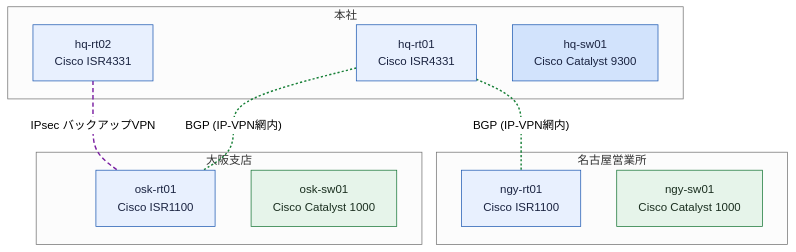
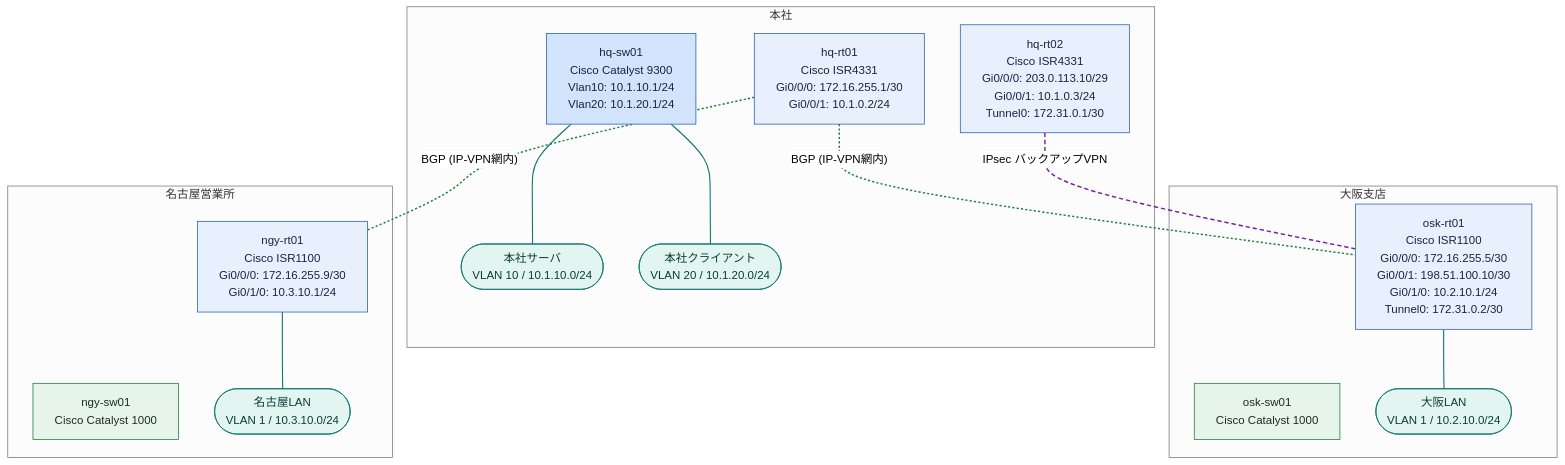
Before and after one commit to thinas1115/nwdsl: the diagram in examples/sample-corp/generated/logical-all.mmd, drawn with Mermaid (neutral theme). The commit also changed 26 other files, not shown here.

```diff
--- a/examples/sample-corp/generated/logical-all.mmd
+++ b/examples/sample-corp/generated/logical-all.mmd
@@ -1,33 +1,44 @@
 flowchart TB
   subgraph sg_hq["本社"]
-    hq_rt02["hq-rt02<br>Cisco ISR4331"]
-    hq_rt01["hq-rt01<br>Cisco ISR4331"]
-    hq_sw01["hq-sw01<br>Cisco Catalyst 9300"]
+    hq_rt02["hq-rt02<br>Cisco ISR4331<br>Gi0/0/0: 203.0.113.10/29<br>Gi0/0/1: 10.1.0.3/24<br>Tunnel0: 172.31.0.1/30"]
+    hq_rt01["hq-rt01<br>Cisco ISR4331<br>Gi0/0/0: 172.16.255.1/30<br>Gi0/0/1: 10.1.0.2/24"]
+    hq_sw01["hq-sw01<br>Cisco Catalyst 9300<br>Vlan10: 10.1.10.1/24<br>Vlan20: 10.1.20.1/24"]
+    seg__hq_server(["本社サーバ<br>VLAN 10 / 10.1.10.0/24"])
+    seg__hq_client(["本社クライアント<br>VLAN 20 / 10.1.20.0/24"])
   end
   subgraph sg_osk["大阪支店"]
-    osk_rt01["osk-rt01<br>Cisco ISR1100"]
+    osk_rt01["osk-rt01<br>Cisco ISR1100<br>Gi0/0/0: 172.16.255.5/30<br>Gi0/0/1: 198.51.100.10/30<br>Gi0/1/0: 10.2.10.1/24<br>Tunnel0: 172.31.0.2/30"]
     osk_sw01["osk-sw01<br>Cisco Catalyst 1000"]
+    seg__osk_lan(["大阪LAN<br>VLAN 1 / 10.2.10.0/24"])
   end
   subgraph sg_ngy["名古屋営業所"]
-    ngy_rt01["ngy-rt01<br>Cisco ISR1100"]
+    ngy_rt01["ngy-rt01<br>Cisco ISR1100<br>Gi0/0/0: 172.16.255.9/30<br>Gi0/1/0: 10.3.10.1/24"]
     ngy_sw01["ngy-sw01<br>Cisco Catalyst 1000"]
+    seg__ngy_lan(["名古屋LAN<br>VLAN 1 / 10.3.10.0/24"])
   end
   hq_rt02 ---|"IPsec バックアップVPN"| osk_rt01
   hq_rt01 ---|"BGP (IP-VPN網内)"| osk_rt01
   hq_rt01 ---|"BGP (IP-VPN網内)"| ngy_rt01
+  hq_sw01 --- seg__hq_server
+  hq_sw01 --- seg__hq_client
+  osk_rt01 --- seg__osk_lan
+  ngy_rt01 --- seg__ngy_lan
 
   classDef node_dim fill:#f8f9fa,stroke:#dadce0,color:#bdc1c6
   classDef node_failed fill:#fce8e6,stroke:#c5221f,color:#3c1a19
   classDef role_router fill:#e8f0fe,stroke:#1a56b0,color:#1a2340
   classDef role_l3switch fill:#d2e3fc,stroke:#1a56b0,color:#1a2340
   classDef role_l2switch fill:#e6f4ea,stroke:#137333,color:#1a2e1f
   classDef role_firewall fill:#fce8e6,stroke:#c5221f,color:#3c1a19
   classDef role_other fill:#f1f3f4,stroke:#5f6368,color:#202124
   classDef node_cloud fill:#f1f3f4,stroke:#5f6368,color:#202124
   classDef node_site fill:#fff8e1,stroke:#b58105,color:#4a3a08
+  classDef node_segment fill:#e2f5f0,stroke:#0f766e,color:#0b3d38
   classDef node_external fill:#ffffff,stroke:#9aa0a6,stroke-dasharray:3 3,color:#5f6368
   class hq_rt02,osk_rt01,hq_rt01,ngy_rt01 role_router
   class hq_sw01 role_l3switch
   class osk_sw01,ngy_sw01 role_l2switch
+  class seg__hq_server,seg__hq_client,seg__osk_lan,seg__ngy_lan node_segment
   linkStyle 0 stroke:#7b1fa2,stroke-width:2px,stroke-dasharray:6 4
   linkStyle 1,2 stroke:#188038,stroke-width:2px,stroke-dasharray:3 3
+  linkStyle 3,4,5,6 stroke:#0f766e,stroke-width:1.5px
```
